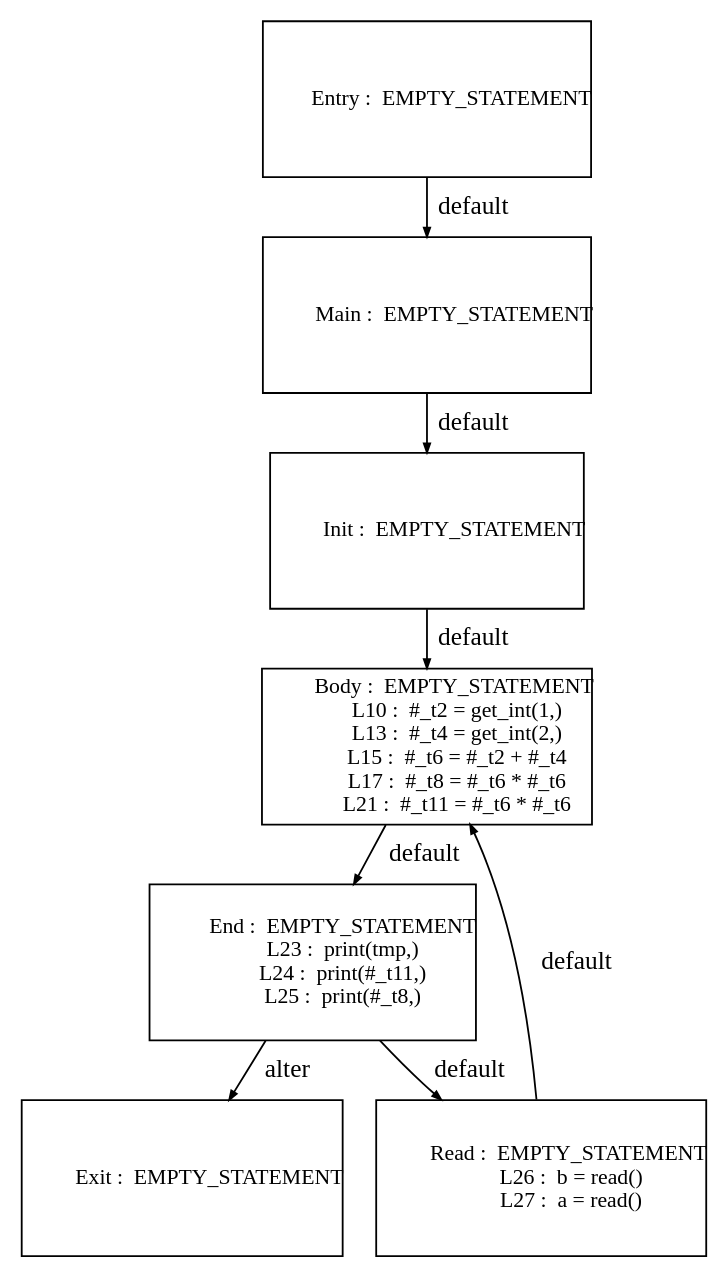
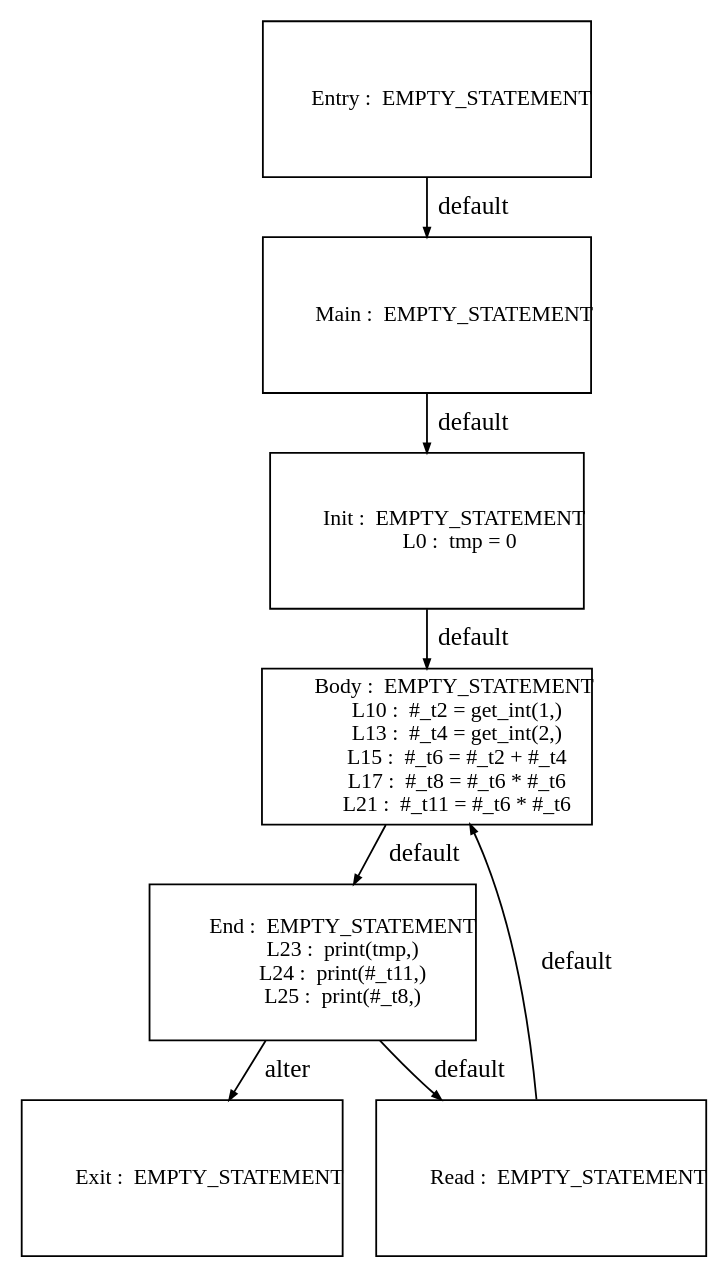
One commit to Geoffrey1014/ST_DSE changed the diagram in tests_programs/dataflow/04_test_output/Graph_DSE_0.dot. Above: the diagram before and after it, drawn with Graphviz. The commit also changed 213 other files, not shown here.

```diff
--- a/tests_programs/dataflow/04_test_output/Graph_DSE_0.dot
+++ b/tests_programs/dataflow/04_test_output/Graph_DSE_0.dot
@@ -1,73 +1,70 @@
 digraph G {
   ranksep=.25;
   edge [arrowsize=.5]
   node [shape=rectangle, fontname="ArialNarrow",
         fontsize=12,  height=1.2];
   "           Main :  EMPTY_STATEMENT
 "; "           Init :  EMPTY_STATEMENT
+             L0 :  tmp = 0
 "; "           Body :  EMPTY_STATEMENT
             L10 :  #_t2 = get_int(1,)
             L13 :  #_t4 = get_int(2,)
             L15 :  #_t6 = #_t2 + #_t4
             L17 :  #_t8 = #_t6 * #_t6
             L21 :  #_t11 = #_t6 * #_t6
 "; "          Entry :  EMPTY_STATEMENT
 "; "            End :  EMPTY_STATEMENT
             L23 :  print(tmp,)
             L24 :  print(#_t11,)
             L25 :  print(#_t8,)
 "; "           Exit :  EMPTY_STATEMENT
 "; "           Read :  EMPTY_STATEMENT
-            L26 :  b = read()
-            L27 :  a = read()
 "; 
   "           Main :  EMPTY_STATEMENT
 " -> "           Init :  EMPTY_STATEMENT
+             L0 :  tmp = 0
 "  [label="default"];
   "           Init :  EMPTY_STATEMENT
+             L0 :  tmp = 0
 " -> "           Body :  EMPTY_STATEMENT
             L10 :  #_t2 = get_int(1,)
             L13 :  #_t4 = get_int(2,)
             L15 :  #_t6 = #_t2 + #_t4
             L17 :  #_t8 = #_t6 * #_t6
             L21 :  #_t11 = #_t6 * #_t6
 "  [label="default"];
   "           Body :  EMPTY_STATEMENT
             L10 :  #_t2 = get_int(1,)
             L13 :  #_t4 = get_int(2,)
             L15 :  #_t6 = #_t2 + #_t4
             L17 :  #_t8 = #_t6 * #_t6
             L21 :  #_t11 = #_t6 * #_t6
 " -> "            End :  EMPTY_STATEMENT
             L23 :  print(tmp,)
             L24 :  print(#_t11,)
             L25 :  print(#_t8,)
 "  [label="default"];
   "          Entry :  EMPTY_STATEMENT
 " -> "           Main :  EMPTY_STATEMENT
 "  [label="default"];
   "            End :  EMPTY_STATEMENT
             L23 :  print(tmp,)
             L24 :  print(#_t11,)
             L25 :  print(#_t8,)
 " -> "           Read :  EMPTY_STATEMENT
-            L26 :  b = read()
-            L27 :  a = read()
 "  [label="default"];
   "            End :  EMPTY_STATEMENT
             L23 :  print(tmp,)
             L24 :  print(#_t11,)
             L25 :  print(#_t8,)
 " -> "           Exit :  EMPTY_STATEMENT
 "  [label="alter"];
   "           Read :  EMPTY_STATEMENT
-            L26 :  b = read()
-            L27 :  a = read()
 " -> "           Body :  EMPTY_STATEMENT
             L10 :  #_t2 = get_int(1,)
             L13 :  #_t4 = get_int(2,)
             L15 :  #_t6 = #_t2 + #_t4
             L17 :  #_t8 = #_t6 * #_t6
             L21 :  #_t11 = #_t6 * #_t6
 "  [label="default"];
 }
```
